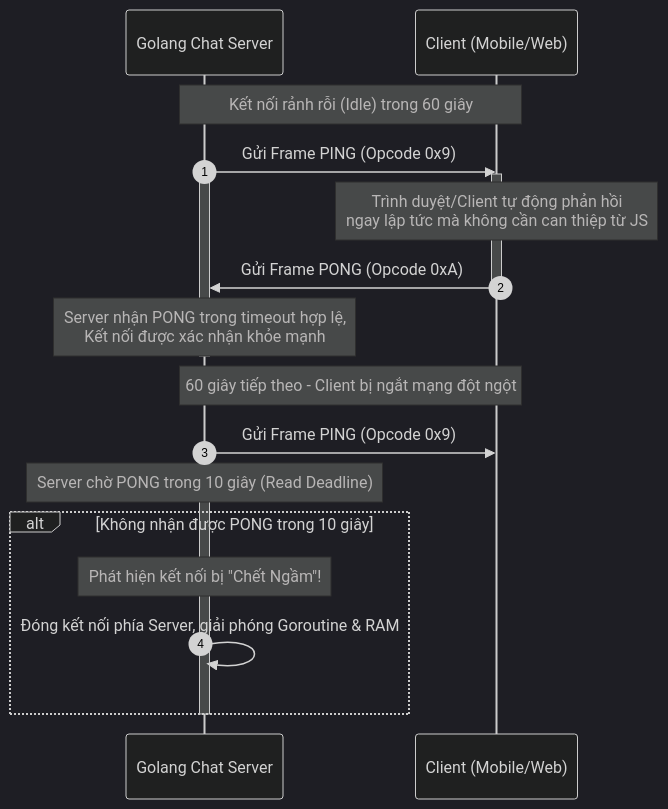
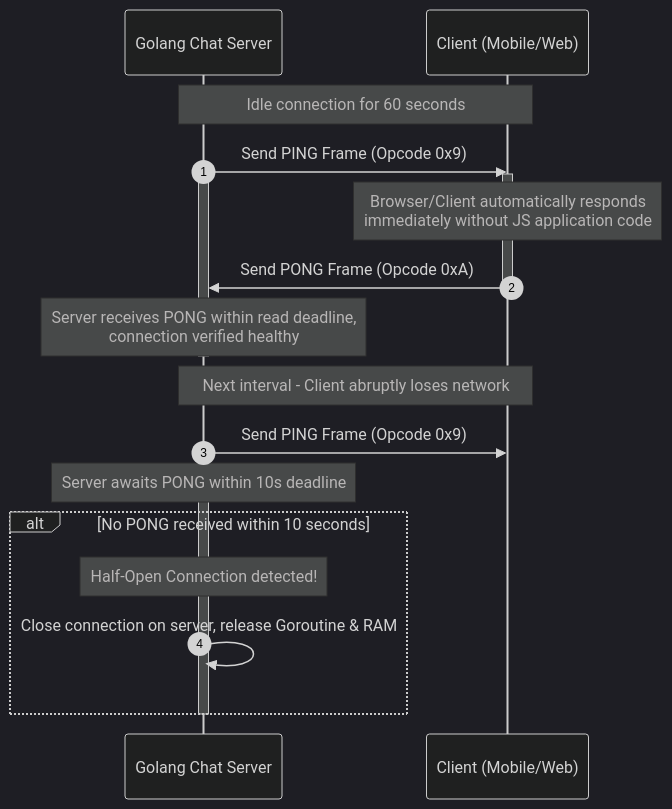
One commit to HarryDo29/go-app changed the second of 3 diagrams in scripts/websocket.md. Above: the diagram before and after it, drawn with Mermaid (dark theme). The commit also changed other lines of this file and 3 other files, not shown here.

````diff
--- a/scripts/websocket.md
+++ b/scripts/websocket.md
@@ -163,26 +163,26 @@
 ```mermaid
 sequenceDiagram
     autonumber
     participant Server as Golang Chat Server
     participant Client as Client (Mobile/Web)
 
-    Note over Server, Client: Kết nối rảnh rỗi (Idle) trong 60 giây
-    Server->>Client: Gửi Frame PING (Opcode 0x9)
+    Note over Server, Client: Idle connection for 60 seconds
+    Server->>Client: Send PING Frame (Opcode 0x9)
     activate Server
     activate Client
-    Note over Client: Trình duyệt/Client tự động phản hồi<br/>ngay lập tức mà không cần can thiệp từ JS
-    Client->>Server: Gửi Frame PONG (Opcode 0xA)
+    Note over Client: Browser/Client automatically responds<br/>immediately without JS application code
+    Client->>Server: Send PONG Frame (Opcode 0xA)
     deactivate Client
-    Note over Server: Server nhận PONG trong timeout hợp lệ,<br/>Kết nối được xác nhận khỏe mạnh
+    Note over Server: Server receives PONG within read deadline,<br/>connection verified healthy
     deactivate Server
 
-    Note over Server, Client: 60 giây tiếp theo - Client bị ngắt mạng đột ngột
-    Server->>Client: Gửi Frame PING (Opcode 0x9)
+    Note over Server, Client: Next interval - Client abruptly loses network
+    Server->>Client: Send PING Frame (Opcode 0x9)
     activate Server
-    Note over Server: Server chờ PONG trong 10 giây (Read Deadline)
-    alt Không nhận được PONG trong 10 giây
-        Note over Server: Phát hiện kết nối bị "Chết Ngầm"!
-        Server->>Server: Đóng kết nối phía Server, giải phóng Goroutine & RAM
+    Note over Server: Server awaits PONG within 10s deadline
+    alt No PONG received within 10 seconds
+        Note over Server: Half-Open Connection detected!
+        Server->>Server: Close connection on server, release Goroutine & RAM
     end
     deactivate Server
 ```
````
